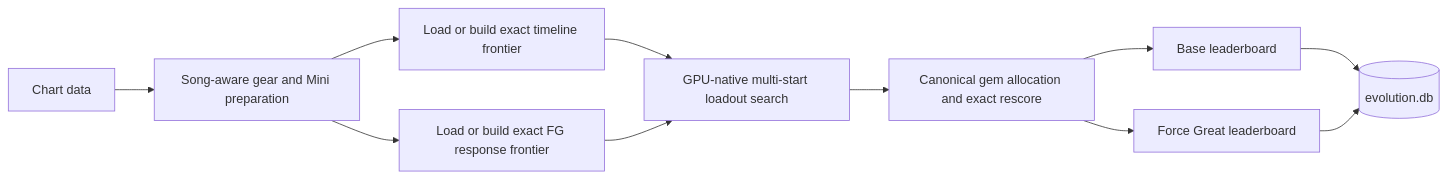
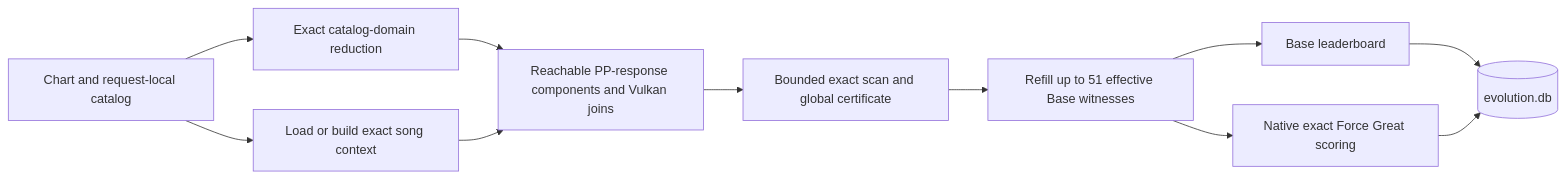
Before and after one commit to TheBaconactor/RoBeats-Calculator-Engine: the diagram in README.md, drawn with Mermaid. The commit also changed other lines of this file and 345 other files, not shown here.

First line of the commit message:
Migrate production Base search from GA to exact semiring engine

````diff
--- a/README.md
+++ b/README.md
@@ -43,13 +43,13 @@
 ```mermaid
 flowchart LR
-    A[Chart data] --> B[Song-aware gear and Mini preparation]
-    B --> C[Load or build exact timeline frontier]
-    B --> D[Load or build exact FG response frontier]
-    C --> E[GPU-native multi-start loadout search]
-    D --> E
-    E --> F[Canonical gem allocation and exact rescore]
+    A[Chart and request-local catalog] --> B[Exact catalog-domain reduction]
+    A --> C[Load or build exact song context]
+    B --> D[Reachable PP-response components and Vulkan joins]
+    C --> D
+    D --> E[Bounded exact scan and global certificate]
+    E --> F[Refill up to 51 effective Base witnesses]
     F --> G[Base leaderboard]
-    F --> H[Force Great leaderboard]
+    F --> H[Native exact Force Great scoring]
     G --> I[(evolution.db)]
     H --> I
 ```
````
